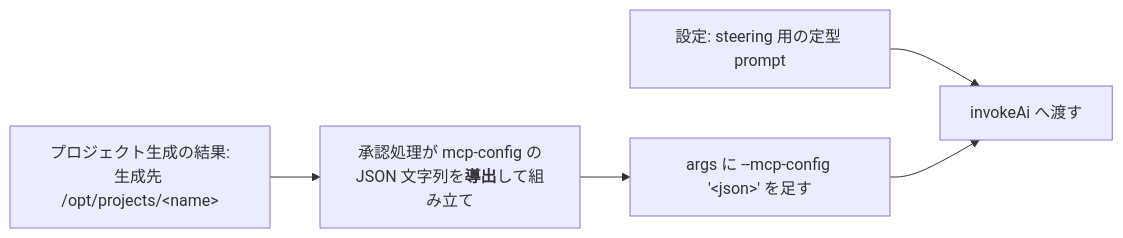
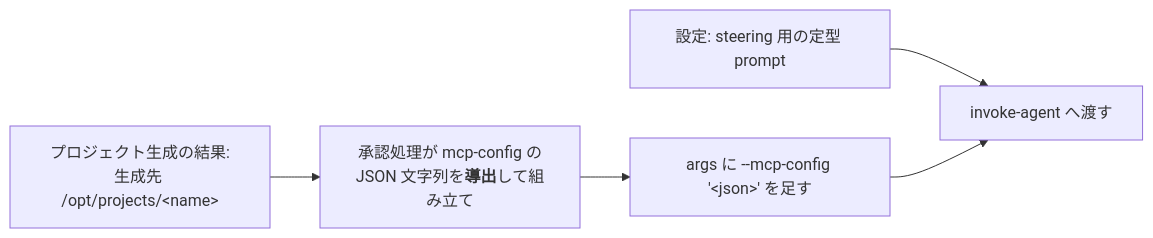
The second of 2 diagrams in docs/specs/plan/portal-stroke-exit.md (grrowapp/stroke), drawn with Mermaid before and after one commit. The commit also changed other lines of this file and 28 other files, not shown here.

First line of the commit message:
feat: MCP ツールと invoke-agent の責務境界を切り直し、steering の完成判定を本家 REST への問い合わせにする

````diff
--- a/docs/specs/plan/portal-stroke-exit.md
+++ b/docs/specs/plan/portal-stroke-exit.md
@@ -99,6 +64,6 @@
 ```mermaid
 flowchart LR
   g["プロジェクト生成の結果:<br>生成先 /opt/projects/&lt;name&gt;"] --> build["承認処理が mcp-config の<br>JSON 文字列を<b>導出</b>して組み立て"] --> pass["args に --mcp-config '&lt;json&gt;' を足す"]
-  s2["設定: steering 用の定型 prompt"] --> ai["invokeAi へ渡す"]
+  s2["設定: steering 用の定型 prompt"] --> ai["invoke-agent へ渡す"]
   pass --> ai
 ```
````
